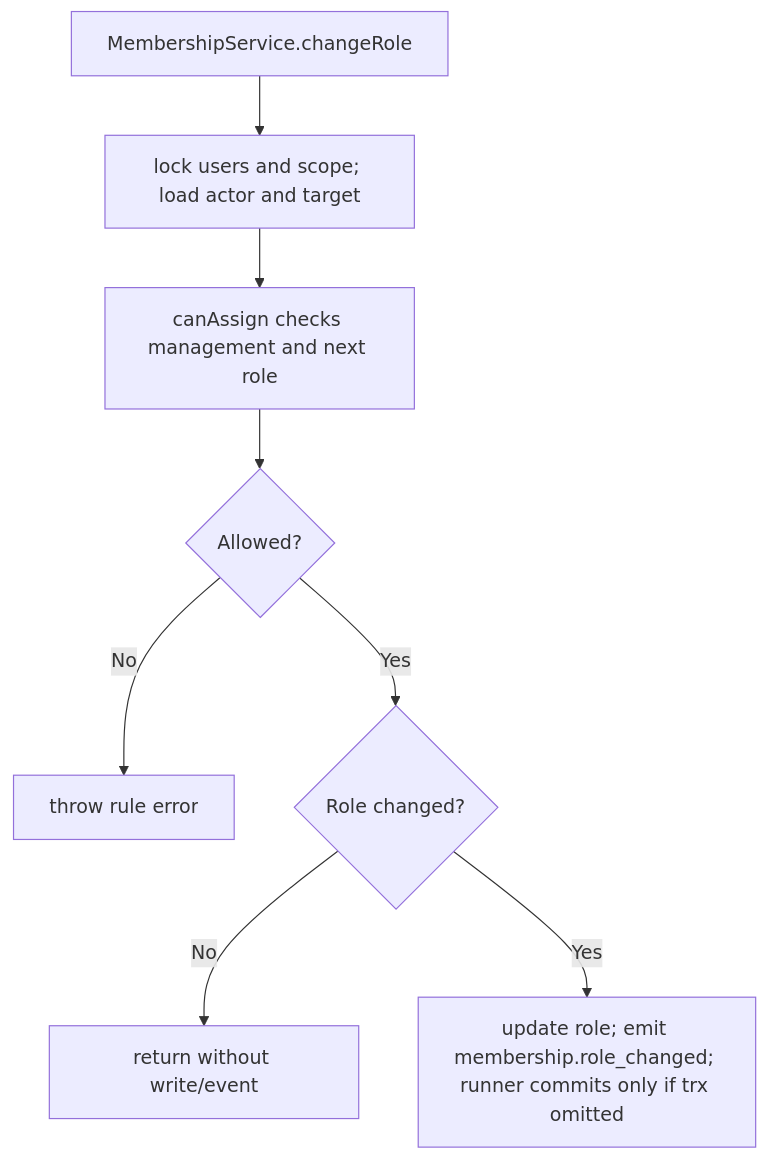
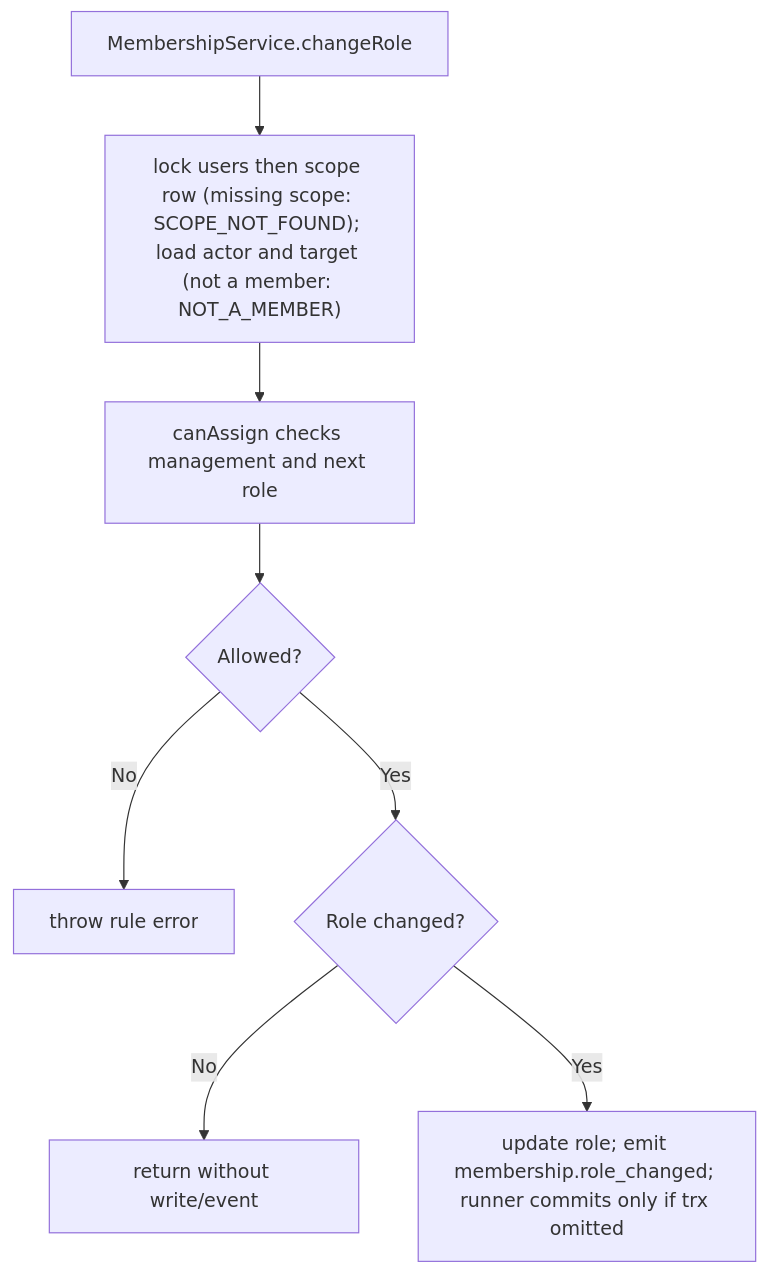
Before and after one commit to Kevinjohn/oss-adonisjs-access-control: the second of 2 diagrams in user-stories/US-ACCESS-04-change-member-role.md, drawn with Mermaid. The commit also changed other lines of this file and 19 other files, not shown here.

````diff
--- a/user-stories/US-ACCESS-04-change-member-role.md
+++ b/user-stories/US-ACCESS-04-change-member-role.md
@@ -31,10 +39,10 @@
 ```mermaid
 flowchart TD
-    A["MembershipService.changeRole"] --> B["lock users and scope; load actor and target"]
+    A["MembershipService.changeRole"] --> B["lock users then scope row (missing scope: SCOPE_NOT_FOUND); load actor and target (not a member: NOT_A_MEMBER)"]
     B --> C["canAssign checks management and next role"]
     C --> D{"Allowed?"}
     D -->|No| E["throw rule error"]
     D -->|Yes| F{"Role changed?"}
     F -->|No| G["return without write/event"]
     F -->|Yes| H["update role; emit membership.role_changed; runner commits only if trx omitted"]
 ```
````
